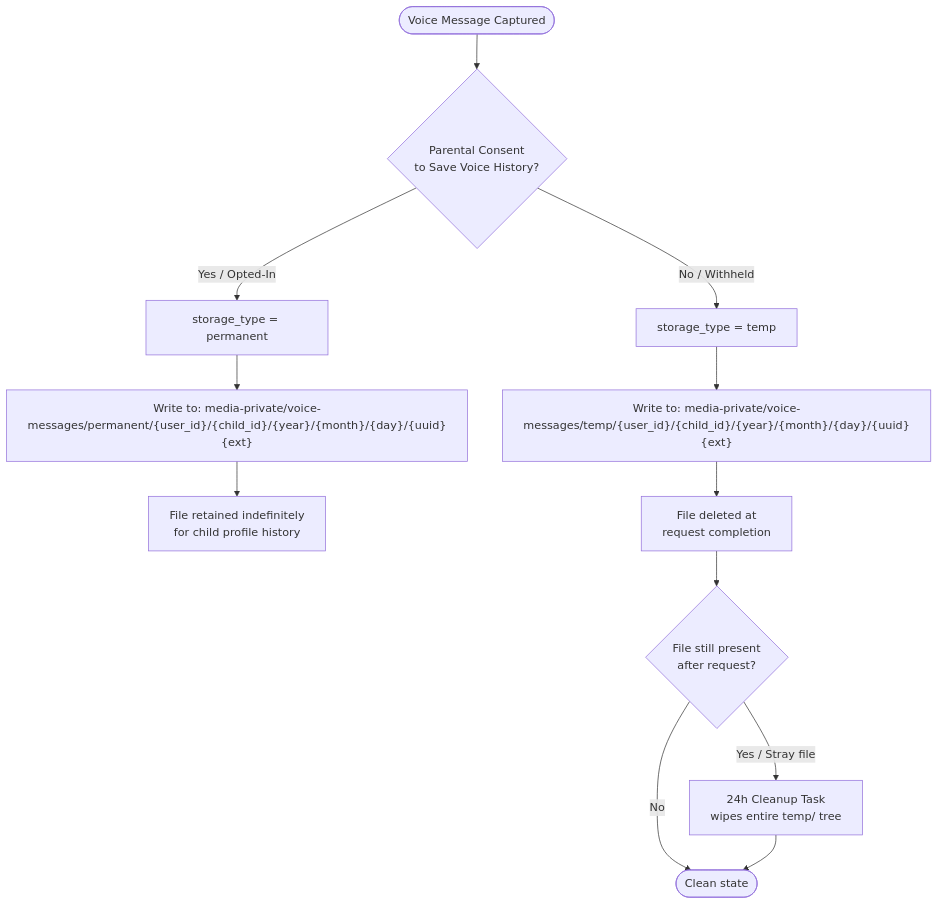
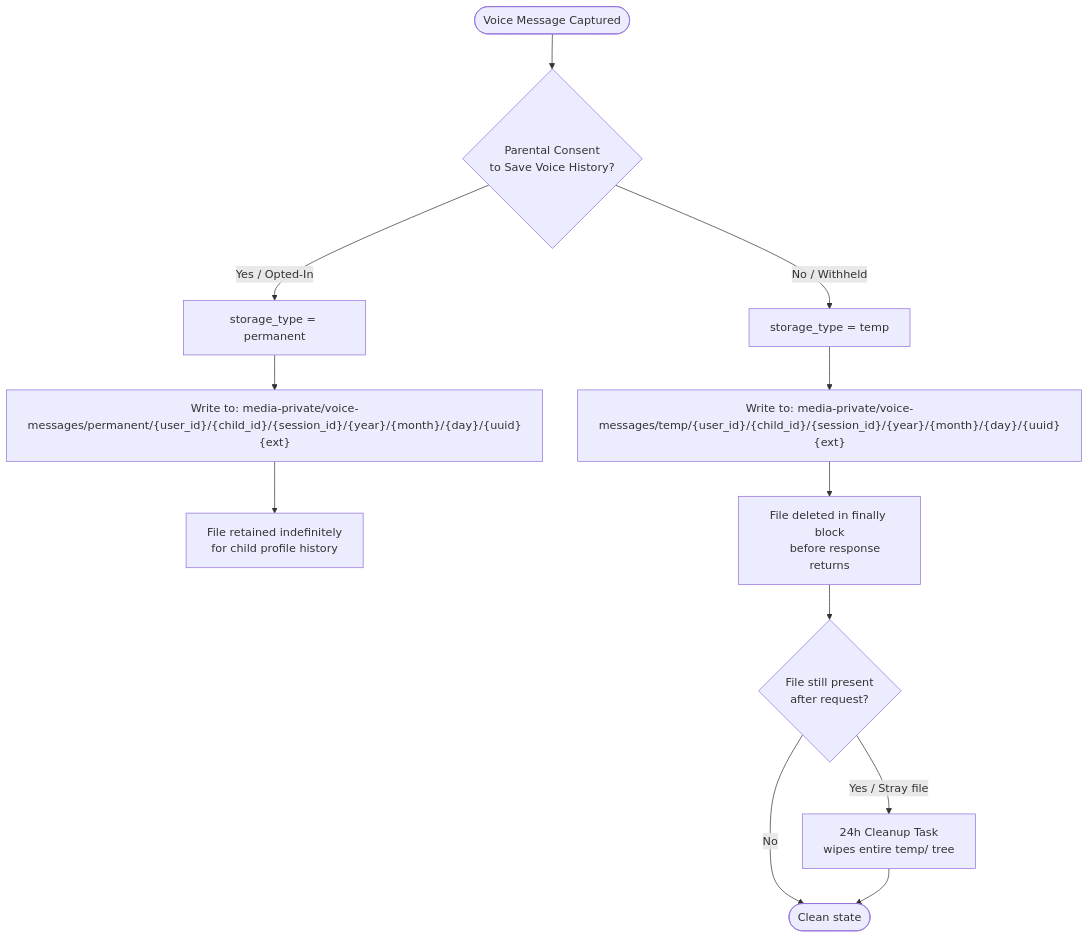
Before and after one commit to KlaiAhmed/KidsMind: the diagram in infra/storage/README.md, drawn with Mermaid. The commit also changed other lines of this file and 8 other files, not shown here.

````diff
--- a/infra/storage/README.md
+++ b/infra/storage/README.md
@@ -109,20 +165,22 @@
 ```mermaid
 flowchart TD
     A([Voice Message Captured]) --> B{Parental Consent
-to Save Voice History?}
+    to Save Voice History?}
 
     B -- Yes / Opted-In --> C[storage_type = permanent]
     B -- No / Withheld --> D[storage_type = temp]
 
-    C --> E["Write to: media-private/voice-messages/permanent/{user_id}/{child_id}/{year}/{month}/{day}/{uuid}{ext}"]
-    D --> F["Write to: media-private/voice-messages/temp/{user_id}/{child_id}/{year}/{month}/{day}/{uuid}{ext}"]
+    C --> E["Write to: media-private/voice-messages/permanent/{user_id}/{child_id}/{session_id}/{year}/{month}/{day}/{uuid}{ext}"]
+    D --> F["Write to: media-private/voice-messages/temp/{user_id}/{child_id}/{session_id}/{year}/{month}/{day}/{uuid}{ext}"]
 
     E --> G[File retained indefinitely
-for child profile history]
-    F --> H[File deleted at\nrequest completion]
-    H --> I{File still present\nafter request?}
+    for child profile history]
+    F --> H[File deleted in finally block
+    before response returns]
+    H --> I{File still present
+    after request?}
     I -- No --> J([Clean state])
     I -- Yes / Stray file --> K[24h Cleanup Task
-wipes entire temp/ tree]
+    wipes entire temp/ tree]
     K --> J
 ```
````
